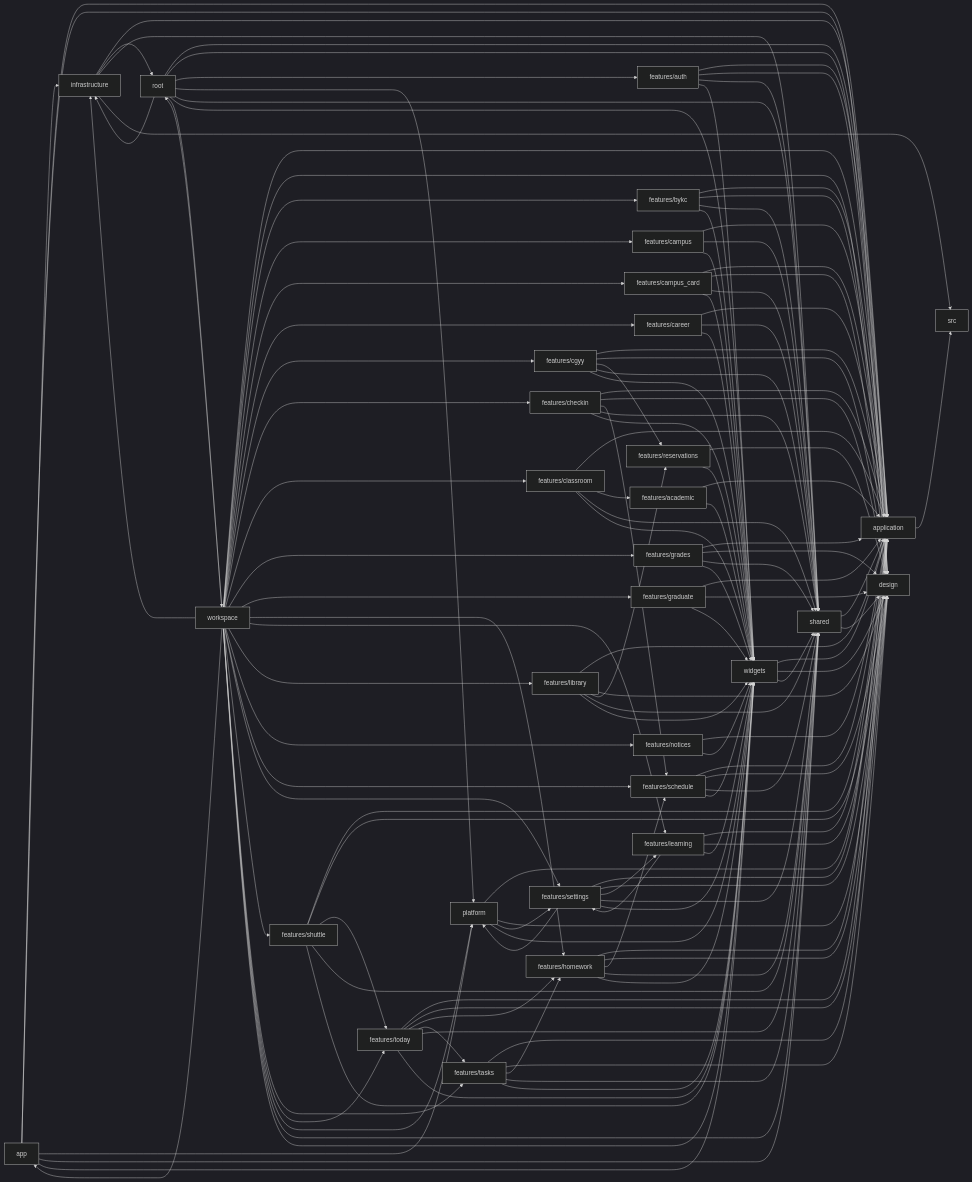
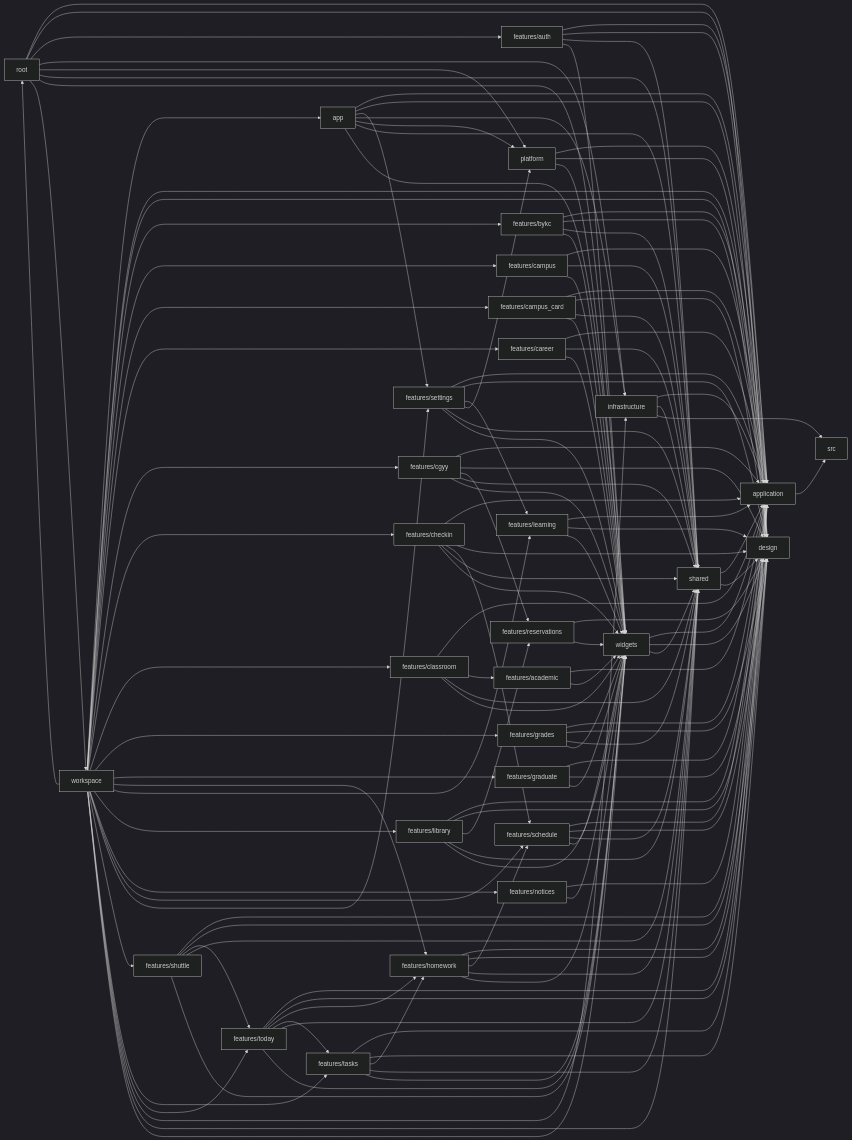
One commit to JUANWANG-BUAA/ginkgo changed the first of 2 diagrams in docs/interfaces/DEPENDENCY-GRAPH.md. Above: the diagram before and after it, drawn with Mermaid (dark theme). The commit also changed other lines of this file and 56 other files, not shown here.

Commit message:
重构：收敛交接边界并生成可追溯工程调用图

```diff
--- a/docs/interfaces/DEPENDENCY-GRAPH.md
+++ b/docs/interfaces/DEPENDENCY-GRAPH.md
@@ -43,6 +43,7 @@
   n_workspace["workspace"]
   n_app --> n_application
   n_app --> n_design
+  n_app --> n_features_settings
   n_app --> n_infrastructure
   n_app --> n_platform
   n_app --> n_shared
@@ -96,7 +97,6 @@
   n_features_homework --> n_widgets
   n_features_learning --> n_application
   n_features_learning --> n_design
-  n_features_learning --> n_features_settings
   n_features_learning --> n_widgets
   n_features_library --> n_application
   n_features_library --> n_design
@@ -134,12 +134,10 @@
   n_features_today --> n_shared
   n_features_today --> n_widgets
   n_infrastructure --> n_application
-  n_infrastructure --> n_root
   n_infrastructure --> n_shared
   n_infrastructure --> n_src
   n_platform --> n_application
   n_platform --> n_design
-  n_platform --> n_features_settings
   n_platform --> n_widgets
   n_root --> n_application
   n_root --> n_design
@@ -176,7 +174,6 @@
   n_workspace --> n_features_tasks
   n_workspace --> n_features_today
   n_workspace --> n_infrastructure
-  n_workspace --> n_platform
   n_workspace --> n_root
   n_workspace --> n_shared
   n_workspace --> n_widgets
```
